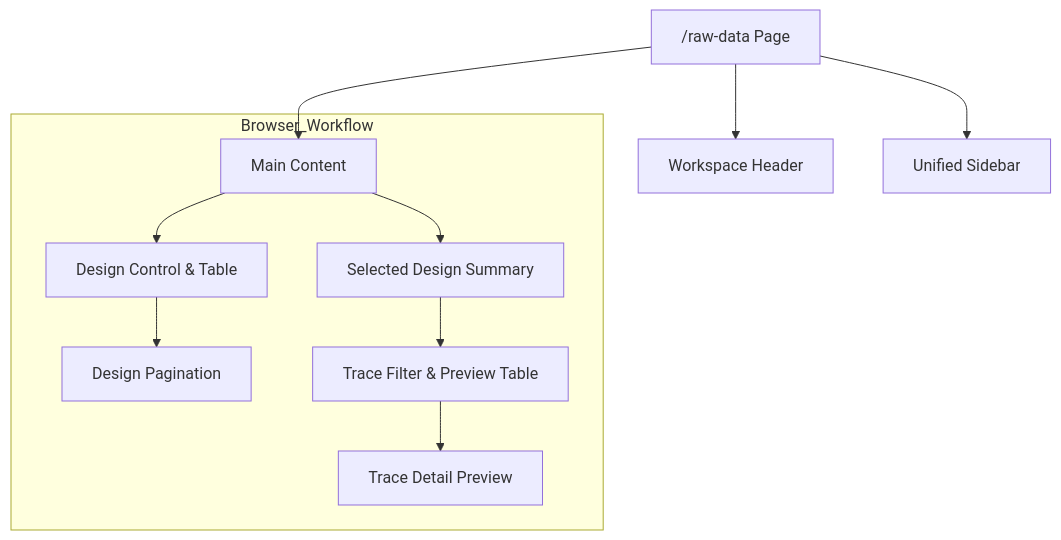
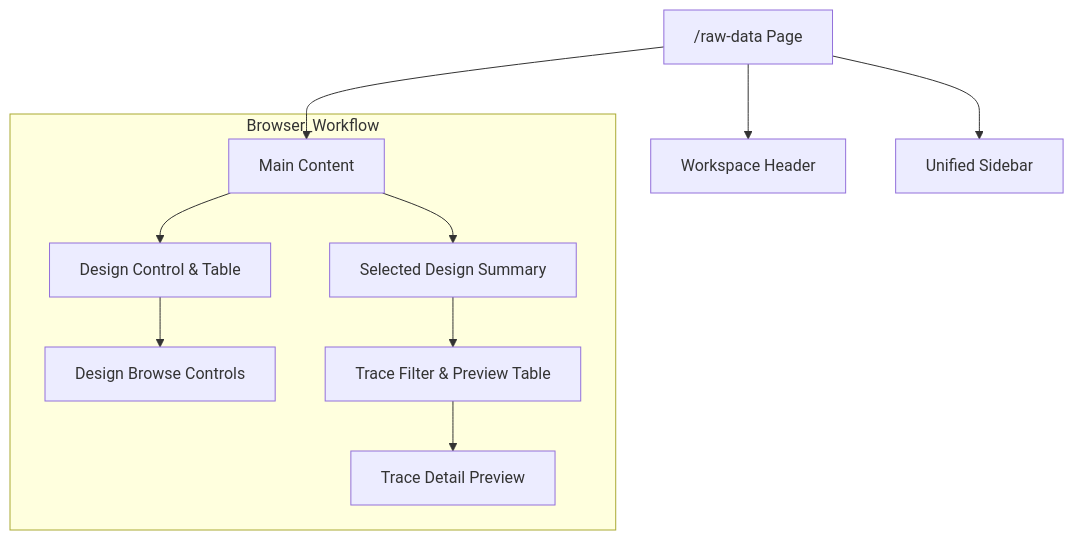
One commit to arfiligol/superconducting-circuits-tutorial changed the diagram in docs/reference/app/frontend/workspace/raw-data-browser.md. Above: the diagram before and after it, drawn with Mermaid. The commit also changed other lines of this file and 22 other files, not shown here.

````diff
--- a/docs/reference/app/frontend/workspace/raw-data-browser.md
+++ b/docs/reference/app/frontend/workspace/raw-data-browser.md
@@ -57,19 +57,19 @@
 ```mermaid
 graph TD
     Page["/raw-data Page"]
     Header[Workspace Header]
     Sidebar[Unified Sidebar]
     Main[Main Content]
     
     Page --> Header
     Page --> Sidebar
     Page --> Main
     
     subgraph Browser_Workflow
         Main --> H_Design[Design Control & Table]
-        H_Design --> Pagination[Design Pagination]
+        H_Design --> Pagination[Design Browse Controls]
         Main --> H_Summary[Selected Design Summary]
         H_Summary --> H_Trace[Trace Filter & Preview Table]
         H_Trace --> H_Preview[Trace Detail Preview]
     end
 ```
````
